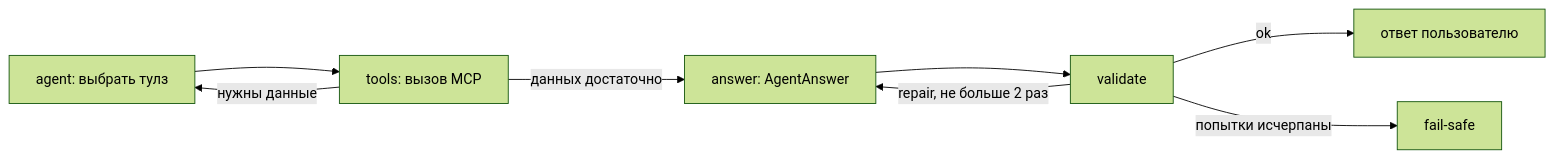
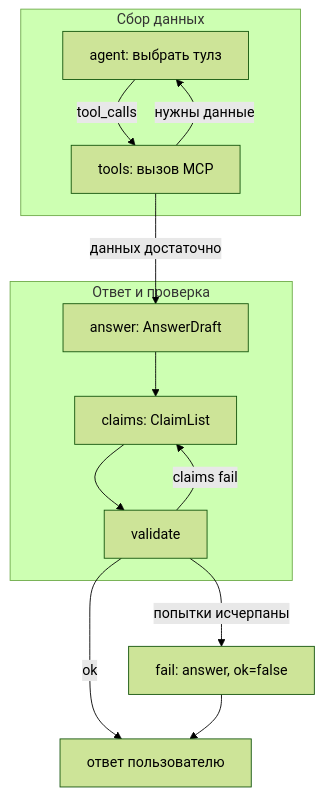
Before and after one commit to Mariositys/IACPaaS-MCP-Agent: the second of 2 diagrams in docs/architecture.md, drawn with Mermaid (forest theme). The commit also changed other lines of this file and 7 other files, not shown here.

````diff
--- a/docs/architecture.md
+++ b/docs/architecture.md
@@ -42,10 +42,19 @@
 ```mermaid
-flowchart LR
-  A[agent: выбрать тулз] --> T[tools: вызов MCP]
-  T -->|нужны данные| A
-  T -->|данных достаточно| G[answer: AgentAnswer]
-  G --> V[validate]
+flowchart TD
+  subgraph COLLECT["Сбор данных"]
+    A[agent: выбрать тулз] -->|tool_calls| T[tools: вызов MCP]
+    T -->|нужны данные| A
+  end
+
+  T -->|данных достаточно| G[answer: AnswerDraft]
+
+  subgraph RESPONSE["Ответ и проверка"]
+    G --> C[claims: ClaimList]
+    C --> V[validate]
+    V -->|claims fail| C
+  end
+
   V -->|ok| R[ответ пользователю]
-  V -->|repair, не больше 2 раз| G
-  V -->|попытки исчерпаны| F[fail-safe]
+  V -->|попытки исчерпаны| F[fail: answer, ok=false]
+  F --> R
 ```
````
